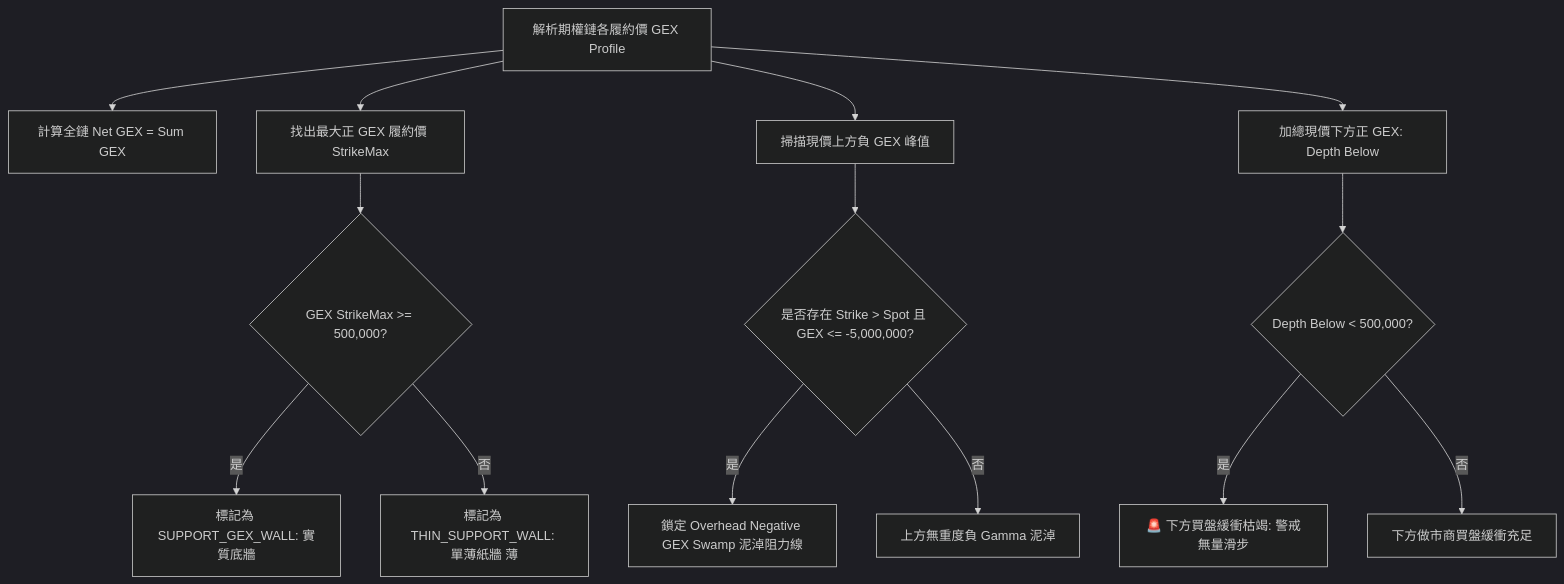
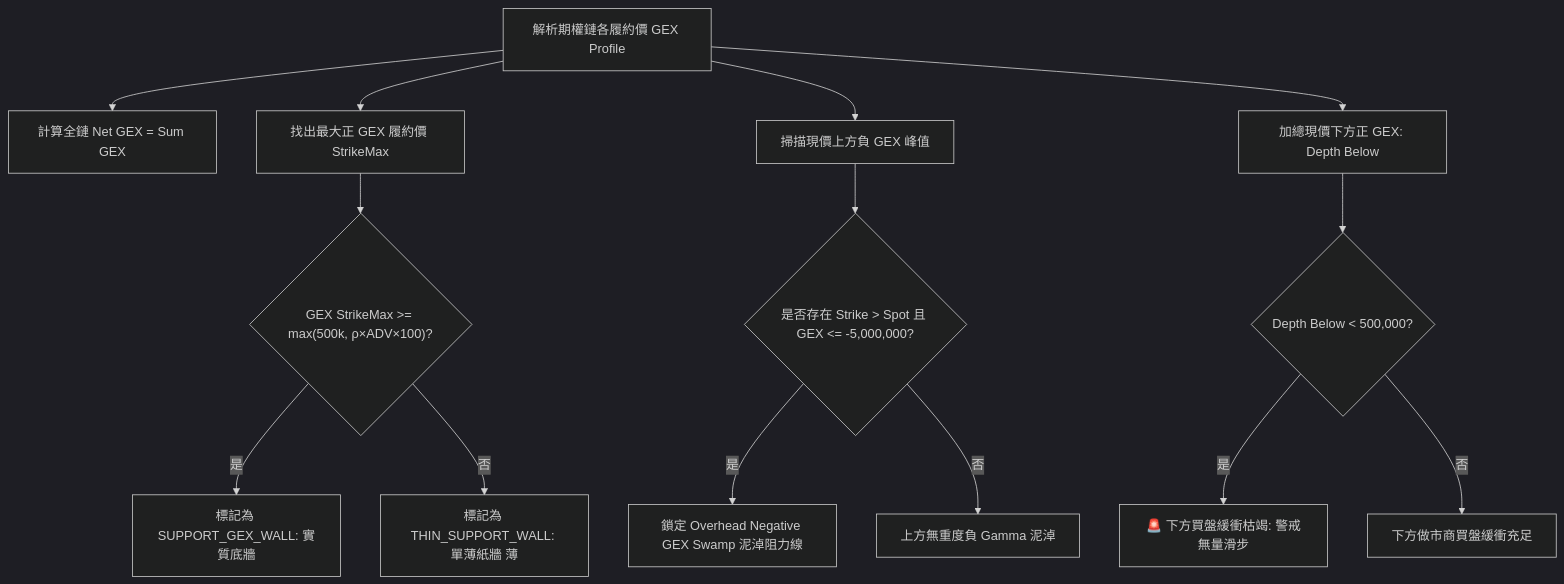
One commit to cosmo-chang-1701/nexus-seeker changed the second of 2 diagrams in docs/microstructure/01_gex_topology_and_walls.md. Above: the diagram before and after it, drawn with Mermaid (dark theme). The commit also changed other lines of this file and 49 other files, not shown here.

````diff
--- a/docs/microstructure/01_gex_topology_and_walls.md
+++ b/docs/microstructure/01_gex_topology_and_walls.md
@@ -88,19 +91,19 @@
 ```mermaid
 flowchart TD
     GEXProfile[解析期權鏈各履約價 GEX Profile] --> CalcNet[計算全鏈 Net GEX = Sum GEX]
     GEXProfile --> FindMaxPos[找出最大正 GEX 履約價 StrikeMax]
 
-    FindMaxPos --> CheckPosVal{GEX StrikeMax >= 500,000?}
+    FindMaxPos --> CheckPosVal{"GEX StrikeMax >= max(500k, ρ×ADV×100)?"}
     CheckPosVal -- 是 --> MarkSupport[標記為 SUPPORT_GEX_WALL: 實質底牆]
     CheckPosVal -- 否 --> MarkThin[標記為 THIN_SUPPORT_WALL: 單薄紙牆 薄]
 
     GEXProfile --> ScanNeg[掃描現價上方負 GEX 峰值]
     ScanNeg --> CheckSwamp{是否存在 Strike > Spot 且 GEX <= -5,000,000?}
     CheckSwamp -- 是 --> MarkSwamp[鎖定 Overhead Negative GEX Swamp 泥淖阻力線]
     CheckSwamp -- 否 --> NoSwamp[上方無重度負 Gamma 泥淖]
 
     GEXProfile --> CalcDepth[加總現價下方正 GEX: Depth Below]
     CalcDepth --> CheckDepth{Depth Below < 500,000?}
     CheckDepth -- 是 --> AlertDepth[🚨 下方買盤緩衝枯竭: 警戒無量滑步]
     CheckDepth -- 否 --> NormalDepth[下方做市商買盤緩衝充足]
 ```
````
